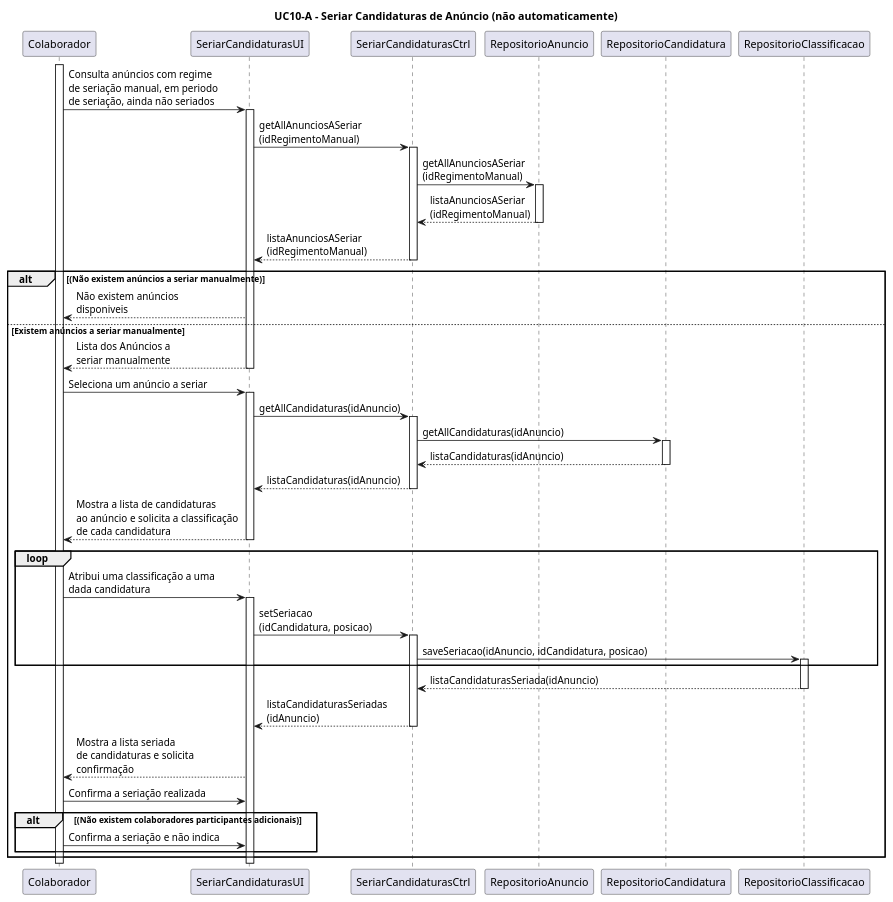
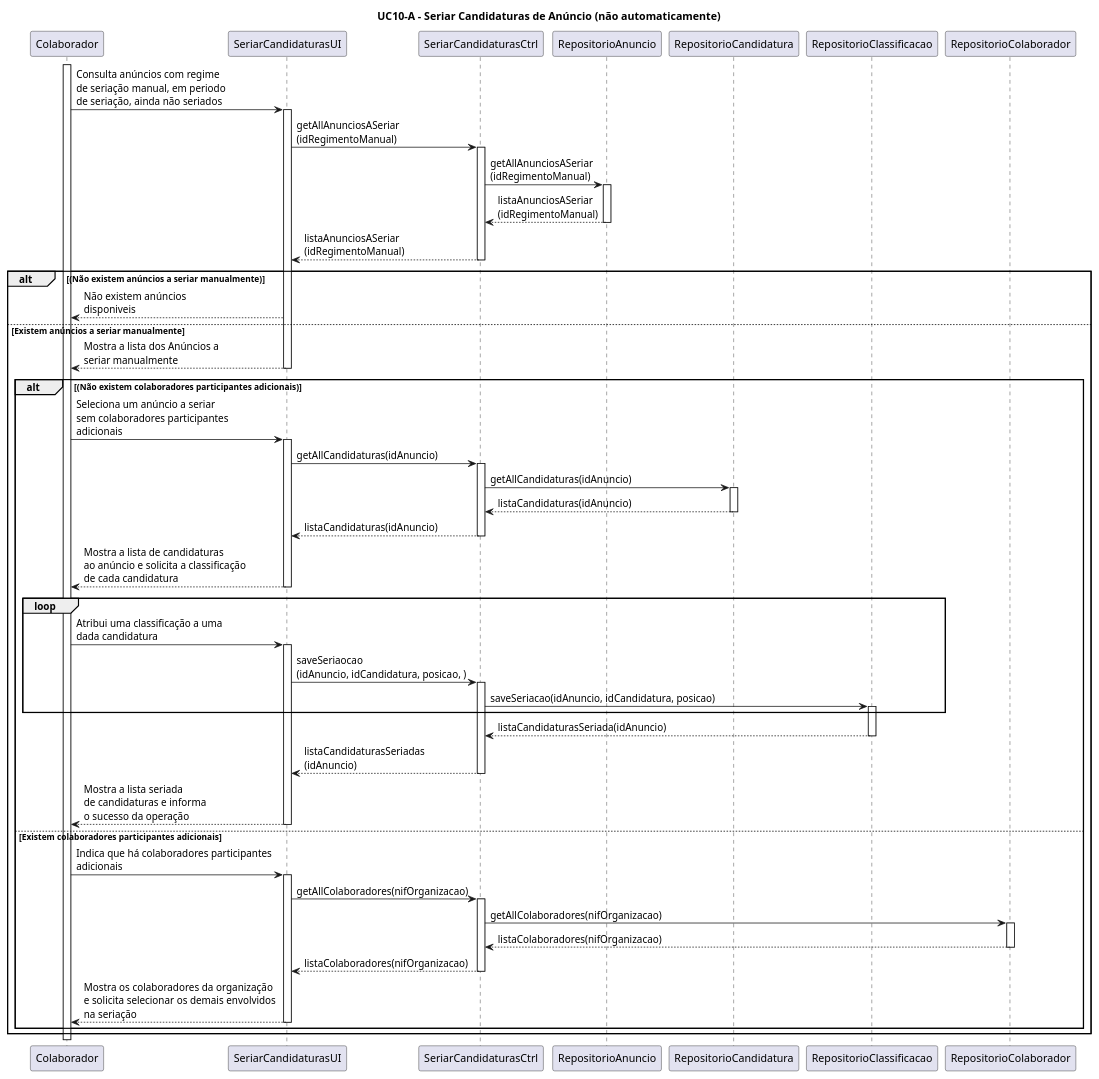
The diagram in Documentação/Sprint 3/UC10_A_Seriar_Candidaturas_(não_automaticamente)/UC10_A_Seriar_Candidaturas_(nao_automaticamente)_Diagrama_Sequencia.puml (blestonbandeiraUPSKILL/upskill_java1_labprg_grupo2), drawn with PlantUML before and after one commit.

```diff
--- a/Documentação/Sprint 3/UC10_A_Seriar_Candidaturas_(não_automaticamente)/UC10_A_Seriar_Candidaturas_(nao_automaticamente)_Diagrama_Sequencia.puml
+++ b/Documentação/Sprint 3/UC10_A_Seriar_Candidaturas_(não_automaticamente)/UC10_A_Seriar_Candidaturas_(nao_automaticamente)_Diagrama_Sequencia.puml
@@ -1,72 +1,76 @@
 @startuml
 
 title UC10-A - Seriar Candidaturas de Anúncio (não automaticamente)
 
 participant Colaborador
 participant SeriarCandidaturasUI
 participant SeriarCandidaturasCtrl
 participant RepositorioAnuncio
 participant RepositorioCandidatura
 participant RepositorioClassificacao
+participant RepositorioColaborador
 
 
 activate Colaborador
 Colaborador -> SeriarCandidaturasUI: Consulta anúncios com regime \nde seriação manual, em periodo \nde seriação, ainda não seriados
 activate SeriarCandidaturasUI
 SeriarCandidaturasUI -> SeriarCandidaturasCtrl: getAllAnunciosASeriar\n(idRegimentoManual)
 activate SeriarCandidaturasCtrl
 SeriarCandidaturasCtrl -> RepositorioAnuncio: getAllAnunciosASeriar\n(idRegimentoManual)
 activate RepositorioAnuncio
 RepositorioAnuncio --> SeriarCandidaturasCtrl: listaAnunciosASeriar\n(idRegimentoManual)
 deactivate RepositorioAnuncio
 SeriarCandidaturasCtrl --> SeriarCandidaturasUI: listaAnunciosASeriar\n(idRegimentoManual)
 deactivate SeriarCandidaturasCtrl
 alt (Não existem anúncios a seriar manualmente)
 SeriarCandidaturasUI --> Colaborador: Não existem anúncios \ndisponiveis
 
 else Existem anúncios a seriar manualmente 
-SeriarCandidaturasUI --> Colaborador: Lista dos Anúncios a \nseriar manualmente
+SeriarCandidaturasUI --> Colaborador: Mostra a lista dos Anúncios a \nseriar manualmente
 deactivate SeriarCandidaturasUI
 
-Colaborador -> SeriarCandidaturasUI: Seleciona um anúncio a seriar
+alt (Não existem colaboradores participantes adicionais)
+Colaborador -> SeriarCandidaturasUI: Seleciona um anúncio a seriar \nsem colaboradores participantes \nadicionais
 activate SeriarCandidaturasUI
 SeriarCandidaturasUI -> SeriarCandidaturasCtrl: getAllCandidaturas(idAnuncio)
 activate SeriarCandidaturasCtrl
 SeriarCandidaturasCtrl -> RepositorioCandidatura: getAllCandidaturas(idAnuncio)
 activate RepositorioCandidatura
 RepositorioCandidatura --> SeriarCandidaturasCtrl: listaCandidaturas(idAnuncio)
 deactivate RepositorioCandidatura
 SeriarCandidaturasCtrl --> SeriarCandidaturasUI: listaCandidaturas(idAnuncio)
 deactivate SeriarCandidaturasCtrl
 SeriarCandidaturasUI --> Colaborador: Mostra a lista de candidaturas \nao anúncio e solicita a classificação \nde cada candidatura
 deactivate SeriarCandidaturasUI
-
-
-
 loop
 Colaborador -> SeriarCandidaturasUI: Atribui uma classificação a uma \ndada candidatura
 activate SeriarCandidaturasUI
-SeriarCandidaturasUI -> SeriarCandidaturasCtrl: setSeriacao\n(idCandidatura, posicao)
+SeriarCandidaturasUI -> SeriarCandidaturasCtrl: saveSeriaocao\n(idAnuncio, idCandidatura, posicao, )
 activate SeriarCandidaturasCtrl
 SeriarCandidaturasCtrl -> RepositorioClassificacao: saveSeriacao(idAnuncio, idCandidatura, posicao)
 activate RepositorioClassificacao
 end loop
 RepositorioClassificacao --> SeriarCandidaturasCtrl: listaCandidaturasSeriada(idAnuncio)
 deactivate RepositorioClassificacao
 SeriarCandidaturasCtrl --> SeriarCandidaturasUI: listaCandidaturasSeriadas\n(idAnuncio)
 deactivate SeriarCandidaturasCtrl
-SeriarCandidaturasUI --> Colaborador: Mostra a lista seriada \nde candidaturas e solicita \nconfirmação
+SeriarCandidaturasUI --> Colaborador: Mostra a lista seriada \nde candidaturas e informa \no sucesso da operação
+deactivate SeriarCandidaturasUI
+else Existem colaboradores participantes adicionais
+Colaborador -> SeriarCandidaturasUI: Indica que há colaboradores participantes \nadicionais
+activate SeriarCandidaturasUI
+SeriarCandidaturasUI -> SeriarCandidaturasCtrl: getAllColaboradores(nifOrganizacao)
+activate SeriarCandidaturasCtrl
+SeriarCandidaturasCtrl -> RepositorioColaborador: getAllColaboradores(nifOrganizacao)
+activate RepositorioColaborador
+RepositorioColaborador --> SeriarCandidaturasCtrl: listaColaboradores(nifOrganizacao)
+deactivate RepositorioColaborador
+SeriarCandidaturasCtrl --> SeriarCandidaturasUI: listaColaboradores(nifOrganizacao)
+deactivate SeriarCandidaturasCtrl
+SeriarCandidaturasUI --> Colaborador: Mostra os colaboradores da organização \ne solicita selecionar os demais envolvidos \nna seriação
+deactivate SeriarCandidaturasUI
 
-Colaborador -> SeriarCandidaturasUI: Confirma a seriação realizada
-
-'\ninformar se houve mais colaboradores \npartipantes envolvidos na seriação
-
-alt (Não existem colaboradores participantes adicionais)
-Colaborador -> SeriarCandidaturasUI: Confirma a seriação e não indica 
 end alt
-
-
-
 end alt
 
 @enduml
```
